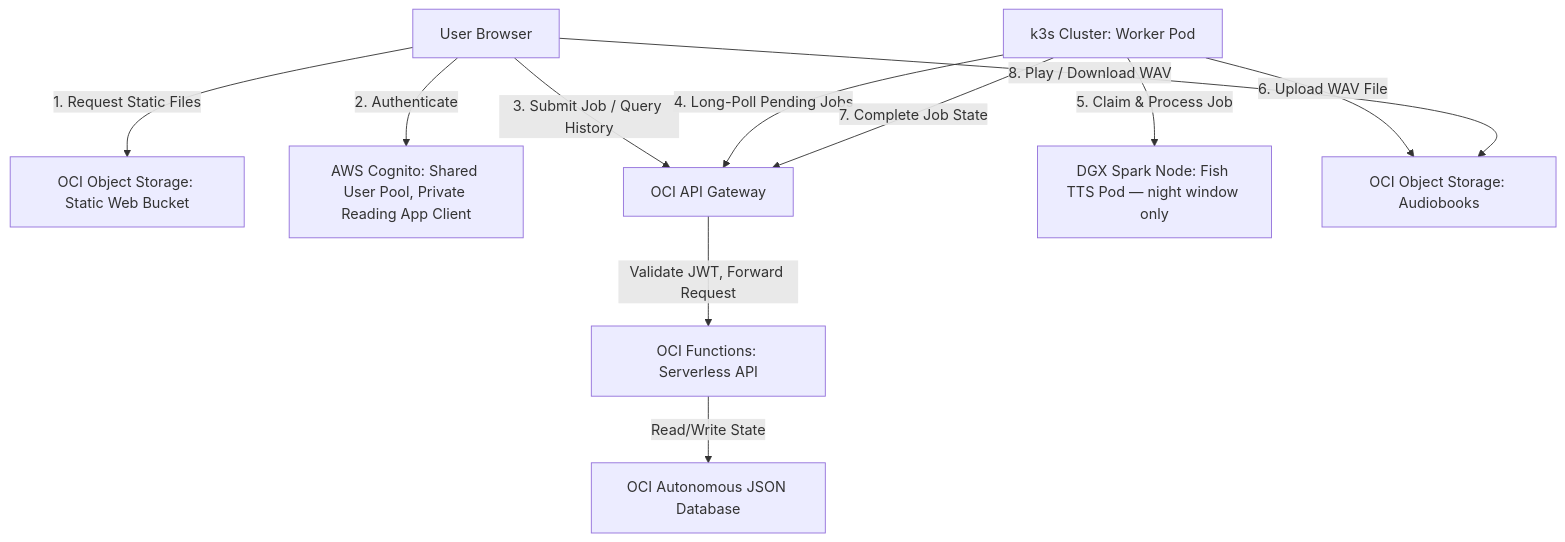
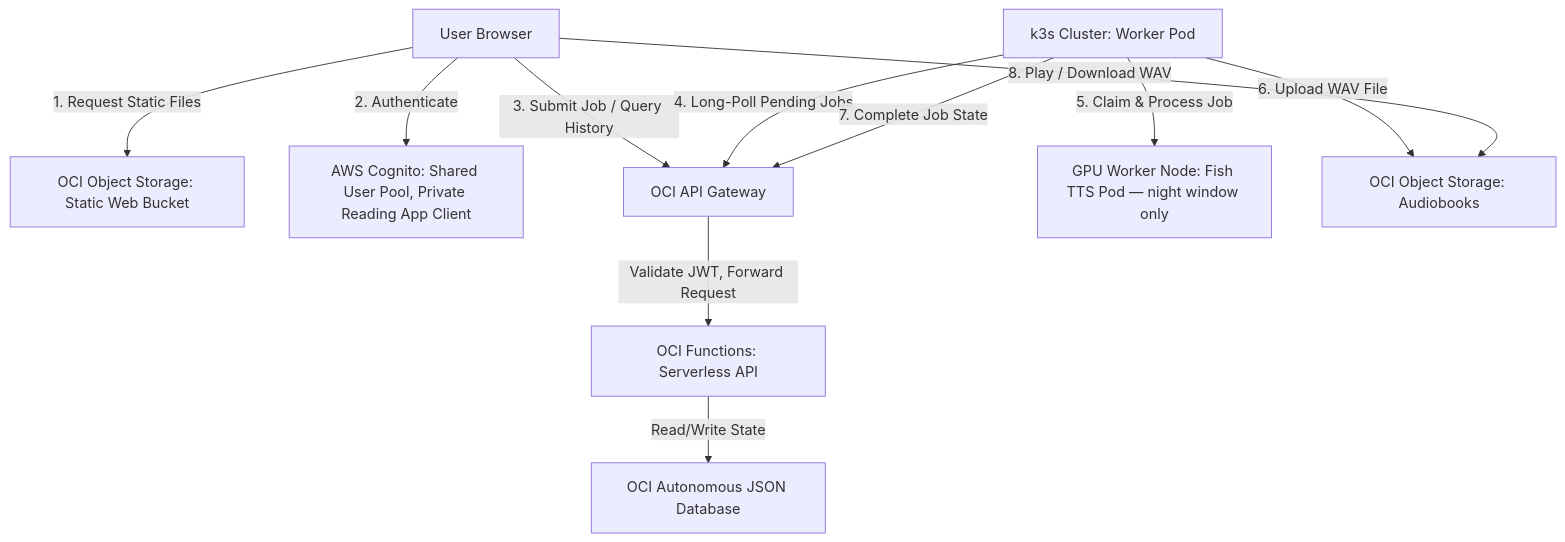
Before and after one commit to syntacticallysugary/private-reading: the diagram in plans/private-reading-enhancement.md, drawn with Mermaid. The commit also changed other lines of this file and 20 other files, not shown here.

````diff
--- a/plans/private-reading-enhancement.md
+++ b/plans/private-reading-enhancement.md
@@ -9,15 +9,15 @@
 ```mermaid
 graph TD
     User[User Browser] -->|1. Request Static Files| WebBucket[OCI Object Storage: Static Web Bucket]
     User -->|2. Authenticate| AuthProvider[AWS Cognito: Shared User Pool, Private Reading App Client]
     User -->|3. Submit Job / Query History| Gateway[OCI API Gateway]
     Gateway -->|Validate JWT, Forward Request| OCIFunctions[OCI Functions: Serverless API]
     OCIFunctions -->|Read/Write State| StateStore[OCI Autonomous JSON Database]
 
     LocalWorker[k3s Cluster: Worker Pod] -->|4. Long-Poll Pending Jobs| Gateway
-    LocalWorker -->|5. Claim & Process Job| LocalTTS[DGX Spark Node: Fish TTS Pod — night window only]
+    LocalWorker -->|5. Claim & Process Job| LocalTTS[GPU Worker Node: Fish TTS Pod — night window only]
     LocalWorker -->|6. Upload WAV File| AudioBucket[OCI Object Storage: Audiobooks]
     LocalWorker -->|7. Complete Job State| Gateway
 
     User -->|8. Play / Download WAV| AudioBucket
 ```
````
